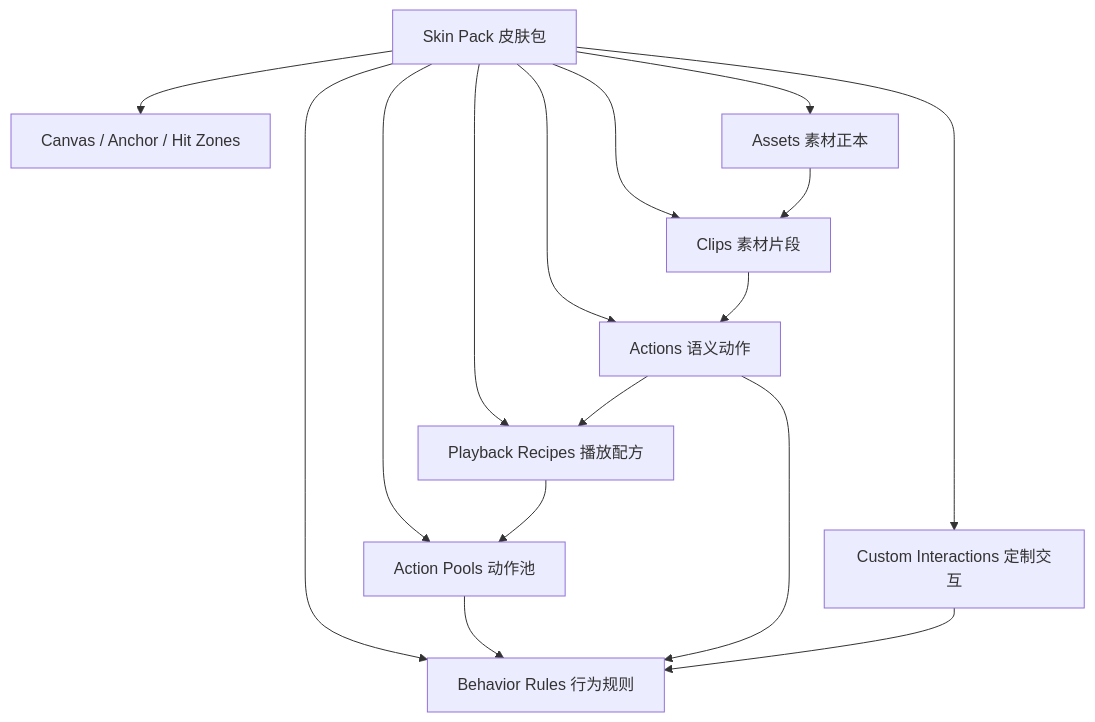
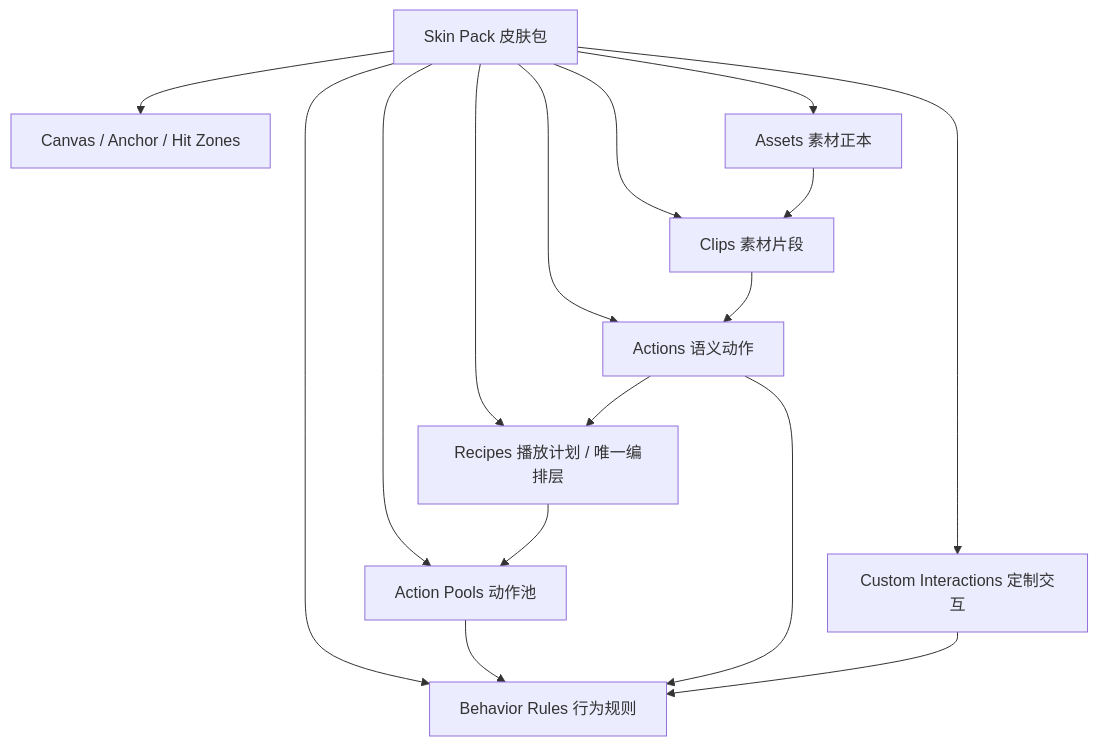
Before and after one commit to tiantian180/MilesEdgeworth: the first of 6 diagrams in docs/superpowers/specs/2026-05-19-skin-pack-playback-behavior-design.md, drawn with Mermaid. The commit also changed other lines of this file, not shown here.

````diff
--- a/docs/superpowers/specs/2026-05-19-skin-pack-playback-behavior-design.md
+++ b/docs/superpowers/specs/2026-05-19-skin-pack-playback-behavior-design.md
@@ -39,29 +39,29 @@
 ```mermaid
 flowchart TD
     SkinPack["Skin Pack 皮肤包"]
     Canvas["Canvas / Anchor / Hit Zones"]
     Assets["Assets 素材正本"]
     Clips["Clips 素材片段"]
     Actions["Actions 语义动作"]
-    Recipes["Playback Recipes 播放配方"]
+    Recipes["Recipes 播放计划 / 唯一编排层"]
     Pools["Action Pools 动作池"]
     Behaviors["Behavior Rules 行为规则"]
     Custom["Custom Interactions 定制交互"]
 
     SkinPack --> Canvas
     SkinPack --> Assets
     SkinPack --> Clips
     SkinPack --> Actions
     SkinPack --> Recipes
     SkinPack --> Pools
     SkinPack --> Behaviors
     SkinPack --> Custom
 
     Assets --> Clips
     Clips --> Actions
     Actions --> Recipes
     Recipes --> Pools
     Pools --> Behaviors
     Actions --> Behaviors
     Custom --> Behaviors
 ```
````
